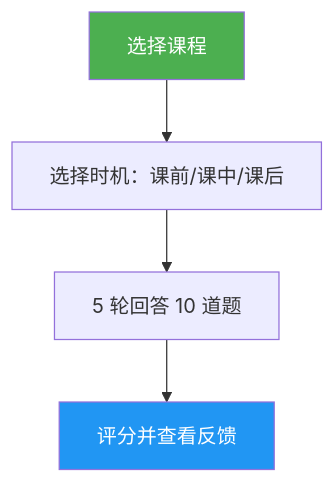
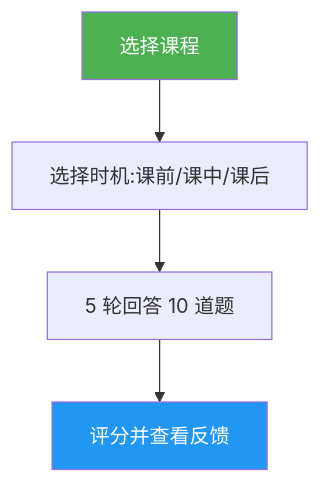
One commit to Rx782-Fss/claude-howto-zh changed the diagram in .claude/skills/lesson-quiz/README.md. Above: the diagram before and after it, drawn with Mermaid. The commit also changed 6 other files, not shown here.

Commit message:
fix: 清除 Mermaid 内所有全角标点/emoji/<br/> (最终修复)

````diff
--- a/.claude/skills/lesson-quiz/README.md
+++ b/.claude/skills/lesson-quiz/README.md
@@ -25,8 +25,8 @@
 ```mermaid
 graph TD
-    A["选择课程"] --> B["选择时机：课前/课中/课后"]
+    A["选择课程"] --> B["选择时机:课前/课中/课后"]
     B --> C["5 轮回答 10 道题"]
     C --> D["评分并查看反馈"]
     style A fill:#4CAF50,color:#fff
     style D fill:#2196F3,color:#fff
 ```
````
